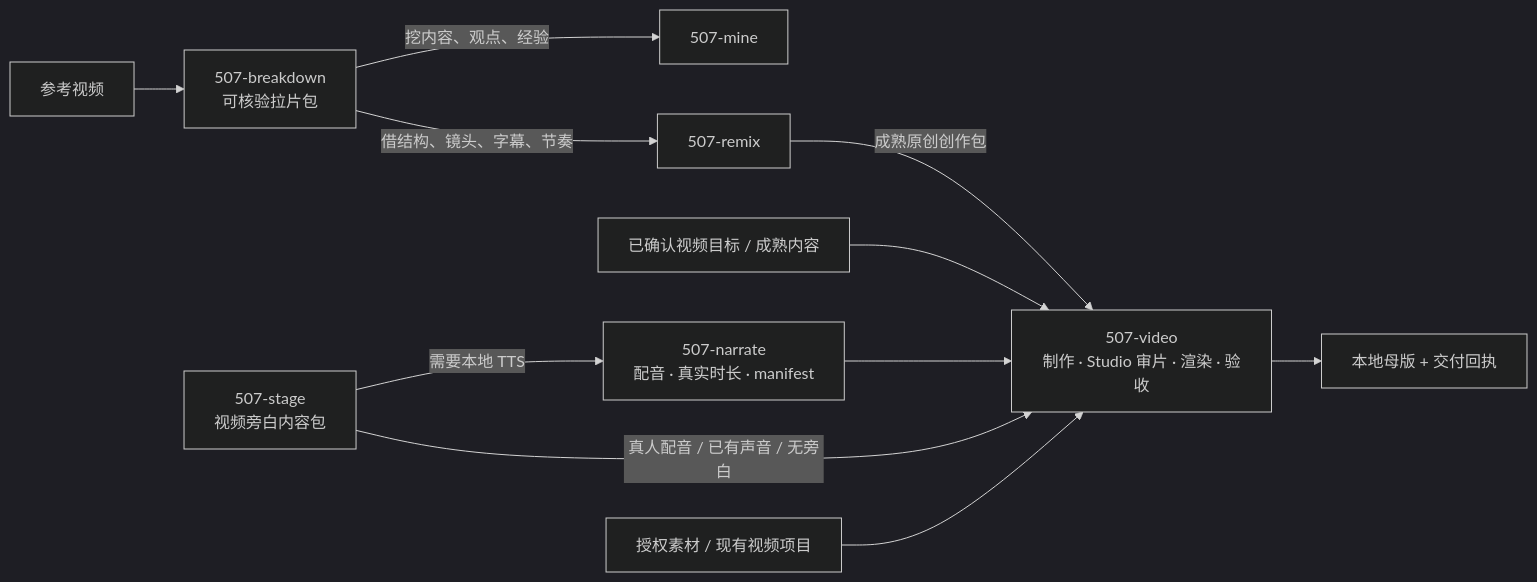
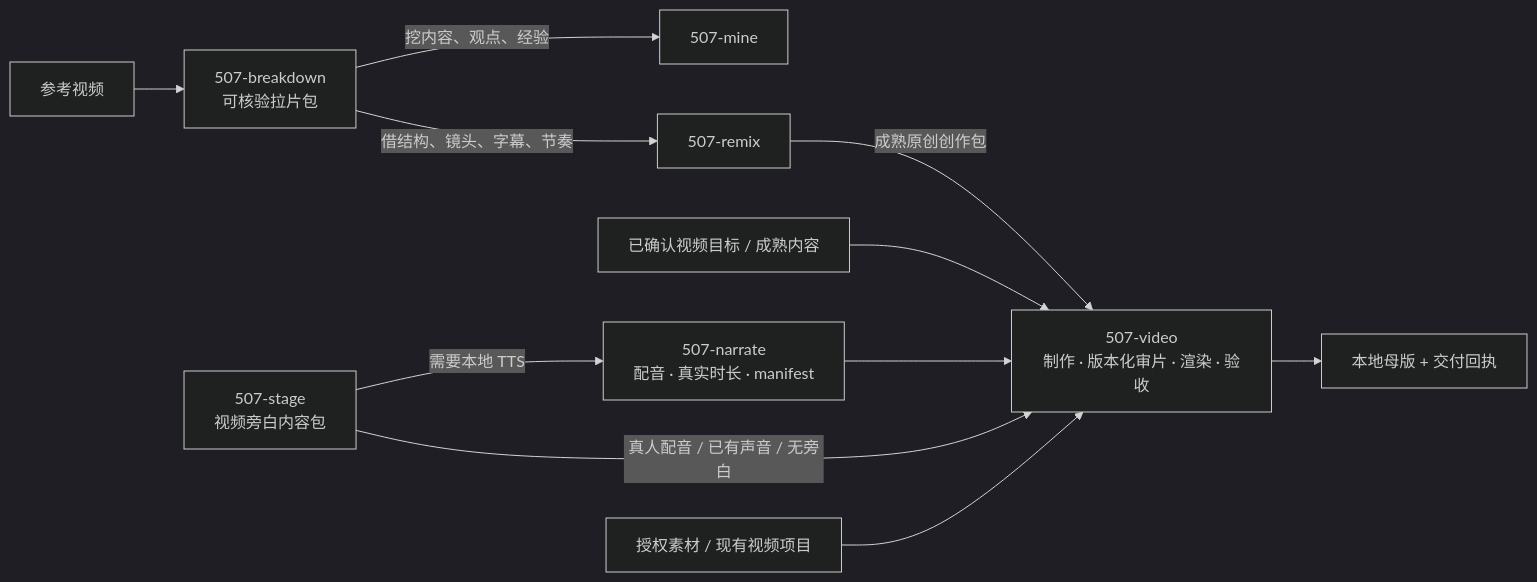
The third of 3 diagrams in write/README.md (ssdiwu/507-skills), drawn with Mermaid (dark theme) before and after one commit. The commit also changed other lines of this file and 5 other files, not shown here.

````diff
--- a/write/README.md
+++ b/write/README.md
@@ -51,13 +51,13 @@
 ```mermaid
 flowchart LR
     reference["参考视频"] --> breakdown["507-breakdown<br/>可核验拉片包"]
     breakdown -->|"挖内容、观点、经验"| mine["507-mine"]
     breakdown -->|"借结构、镜头、字幕、节奏"| remix["507-remix"]
-    remix -->|"成熟原创创作包"| production["507-video<br/>制作 · Studio 审片 · 渲染 · 验收"]
+    remix -->|"成熟原创创作包"| production["507-video<br/>制作 · 版本化审片 · 渲染 · 验收"]
     confirmed["已确认视频目标 / 成熟内容"] --> production
     narration["507-stage<br/>视频旁白内容包"] -->|"需要本地 TTS"| narrate["507-narrate<br/>配音 · 真实时长 · manifest"]
     narrate --> production
     narration -->|"真人配音 / 已有声音 / 无旁白"| production
     assets["授权素材 / 现有视频项目"] --> production
     production --> master["本地母版 + 交付回执"]
 ```
````
